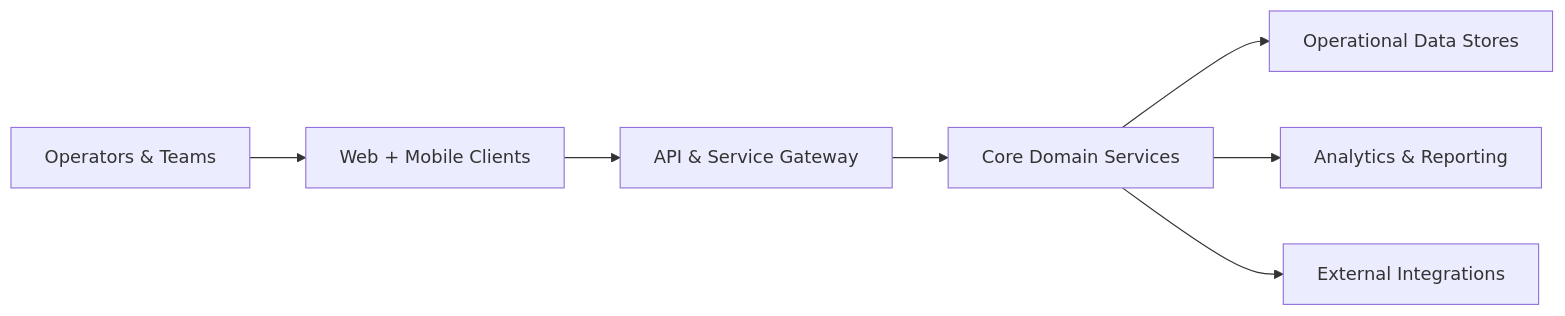
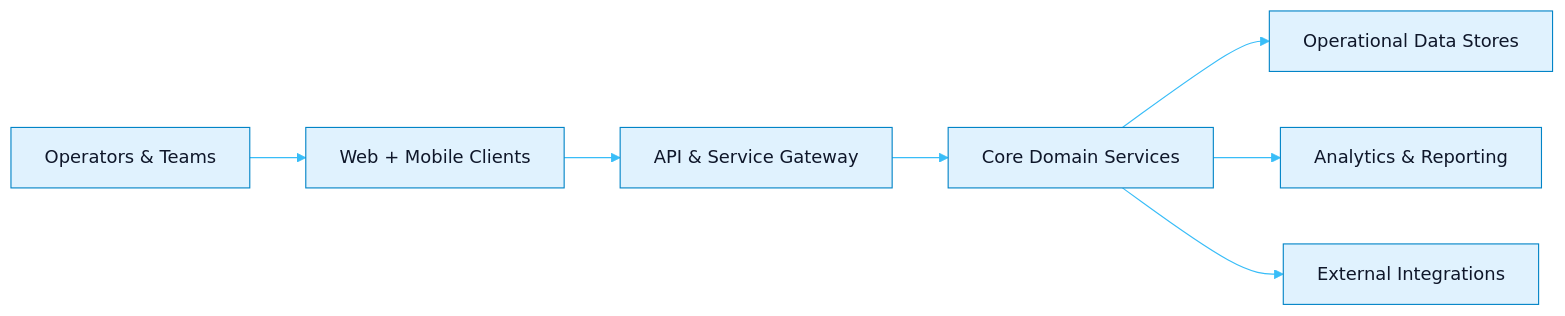
One commit to Al-NAQLA/.github changed the first of 8 diagrams in profile/README.md. Above: the diagram before and after it, drawn with Mermaid. The commit also changed other lines of this file, not shown here.

Commit message:
Add Mermaid initialization for consistent diagram styling in README.md

````diff
--- a/profile/README.md
+++ b/profile/README.md
@@ -23,9 +23,10 @@
 ```mermaid
+%%{init: {"theme": "base", "themeVariables": {"primaryColor": "#E0F2FE", "primaryTextColor": "#0F172A", "primaryBorderColor": "#0284C7", "lineColor": "#38BDF8", "secondaryColor": "#EDE9FE", "tertiaryColor": "#FEF9C3", "background": "#FFFFFF"}}}%%
 flowchart LR
   Users[Operators & Teams] --> Apps[Web + Mobile Clients]
   Apps --> Api[API & Service Gateway]
   Api --> Core[Core Domain Services]
   Core --> Data[Operational Data Stores]
   Core --> Insights[Analytics & Reporting]
   Core --> Integrations[External Integrations]
 ```
````
